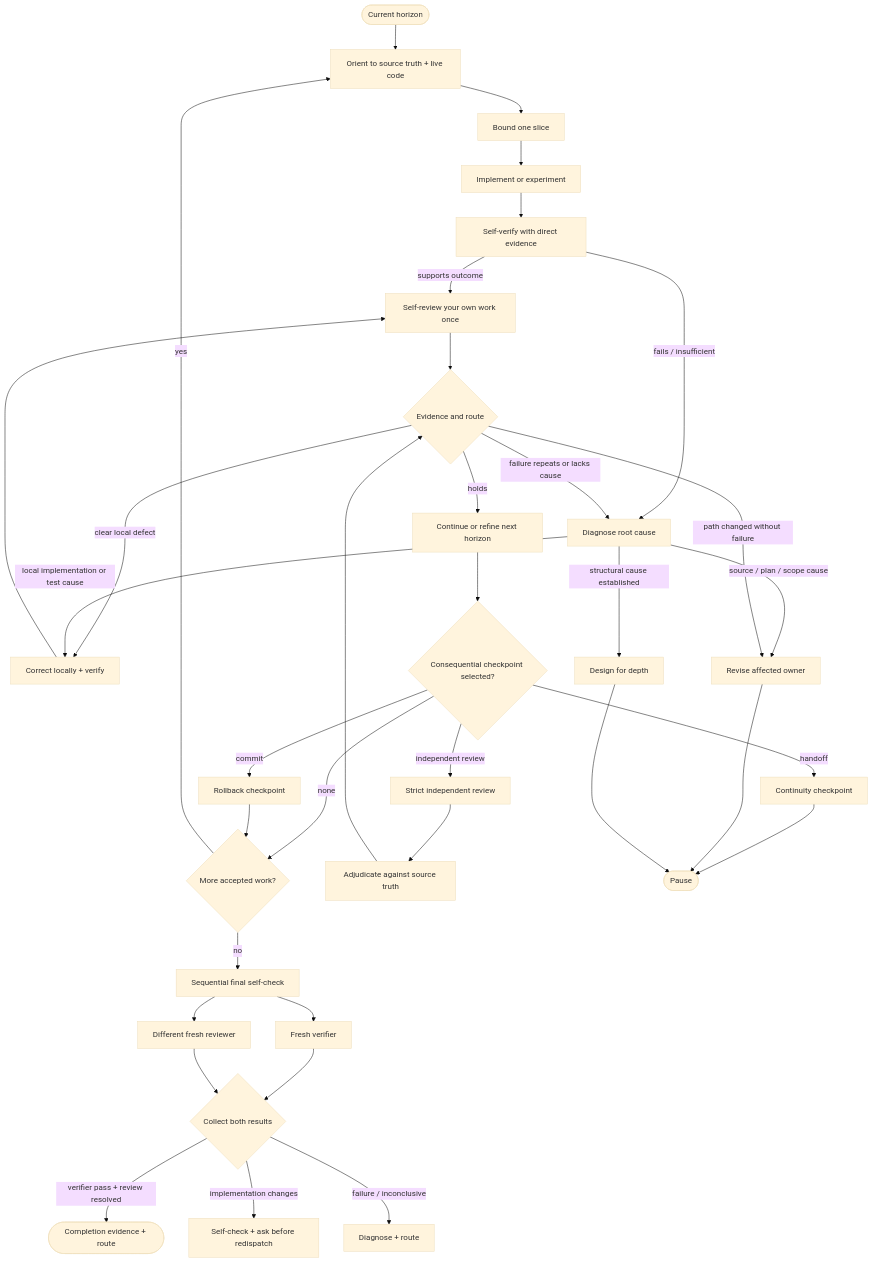
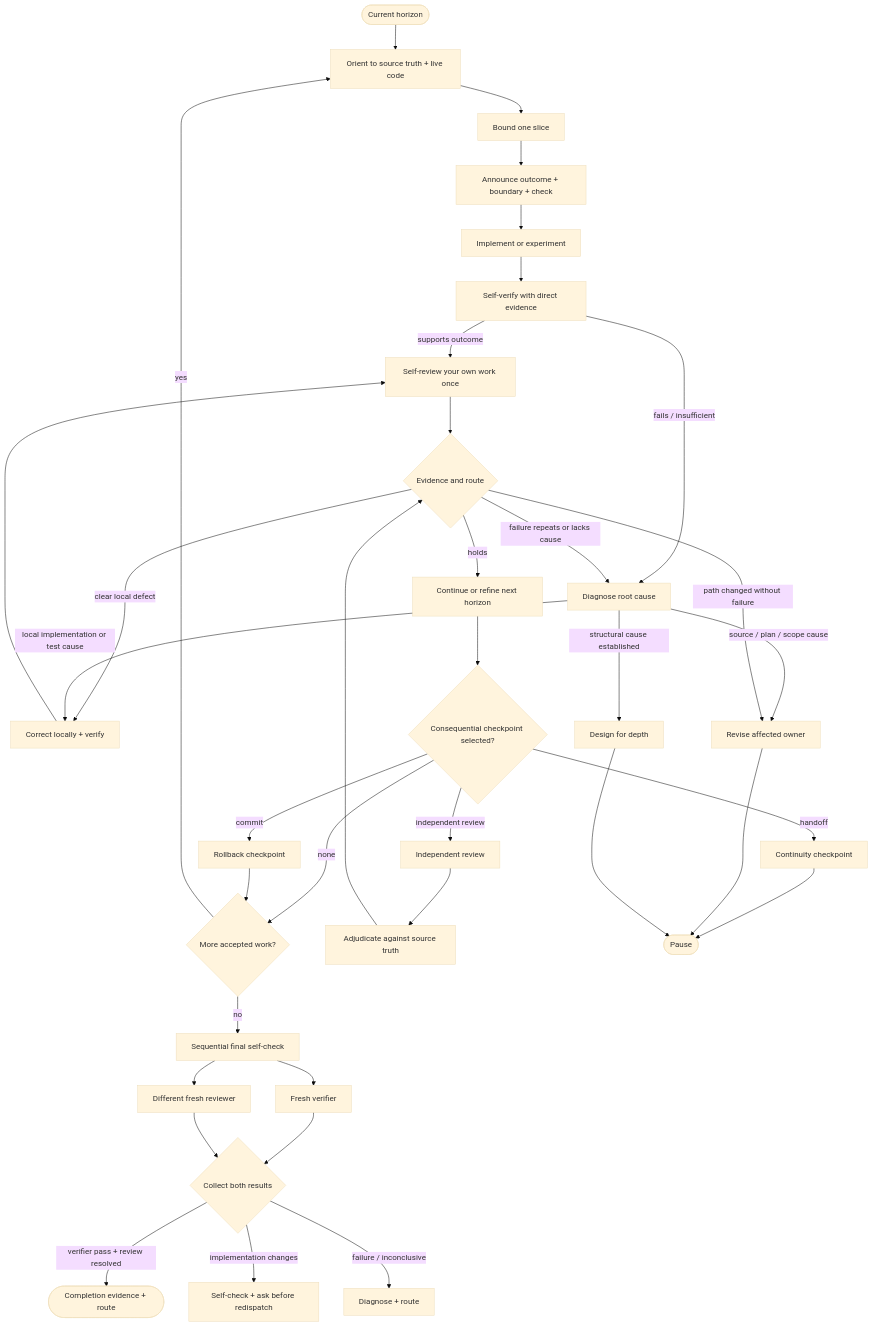
The diagram in skills/execute-plan/references/execution-map.md (hassan-mohiddin/freeflow), drawn with Mermaid (base theme) before and after one commit. The commit also changed other lines of this file and 27 other files, not shown here.

````diff
--- a/skills/execute-plan/references/execution-map.md
+++ b/skills/execute-plan/references/execution-map.md
@@ -39,41 +42,42 @@
 ```mermaid
 flowchart TD
   Start([Current horizon]) --> Orient[Orient to source truth + live code]
   Orient --> Slice[Bound one slice]
-  Slice --> Build[Implement or experiment]
+  Slice --> Announce[Announce outcome + boundary + check]
+  Announce --> Build[Implement or experiment]
   Build --> Verify[Self-verify with direct evidence]
   Verify -->|supports outcome| Self[Self-review your own work once]
   Verify -->|fails / insufficient| Diagnose[Diagnose root cause]
   Self --> Route{Evidence and route}
 
   Route -->|holds| Next[Continue or refine next horizon]
   Route -->|clear local defect| Fix[Correct locally + verify]
   Fix --> Self
   Route -->|failure repeats or lacks cause| Diagnose
   Diagnose -->|local implementation or test cause| Fix
   Diagnose -->|source / plan / scope cause| Back[Revise affected owner]
   Diagnose -->|structural cause established| Design[Design for depth]
   Route -->|path changed without failure| Back
 
   Next --> Formal{Consequential checkpoint selected?}
-  Formal -->|independent review| Review[Strict independent review]
+  Formal -->|independent review| Review[Independent review]
   Formal -->|commit| Commit[Rollback checkpoint]
   Formal -->|handoff| Handoff[Continuity checkpoint]
   Formal -->|none| More{More accepted work?}
 
   Review --> Adjudicate[Adjudicate against source truth]
   Adjudicate --> Route
   Commit --> More
   Handoff --> Stop([Pause])
   Back --> Stop
   Design --> Stop
   More -->|yes| Orient
   More -->|no| Final[Sequential final self-check]
   Final --> FinalVerifier[Fresh verifier]
   Final --> FinalReview[Different fresh reviewer]
   FinalVerifier --> FinalGate{Collect both results}
   FinalReview --> FinalGate
   FinalGate -->|verifier pass + review resolved| Done([Completion evidence + route])
   FinalGate -->|implementation changes| Stale[Self-check + ask before redispatch]
   FinalGate -->|failure / inconclusive| VerifyStop[Diagnose + route]
 ```
````
